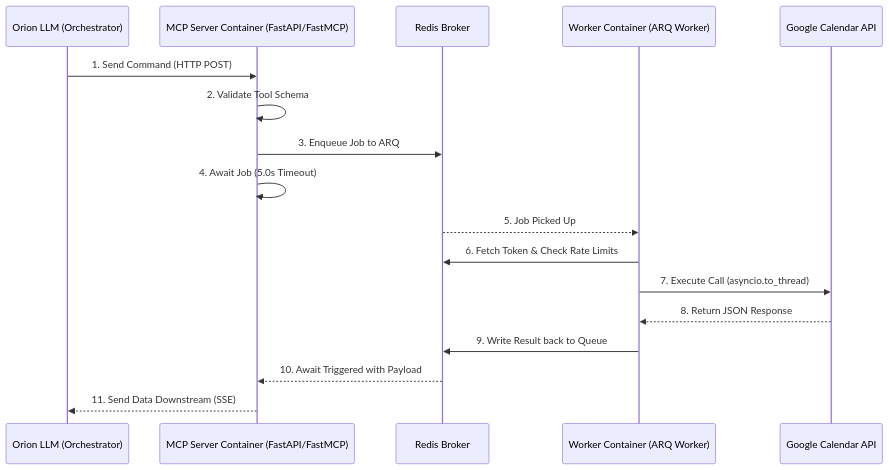
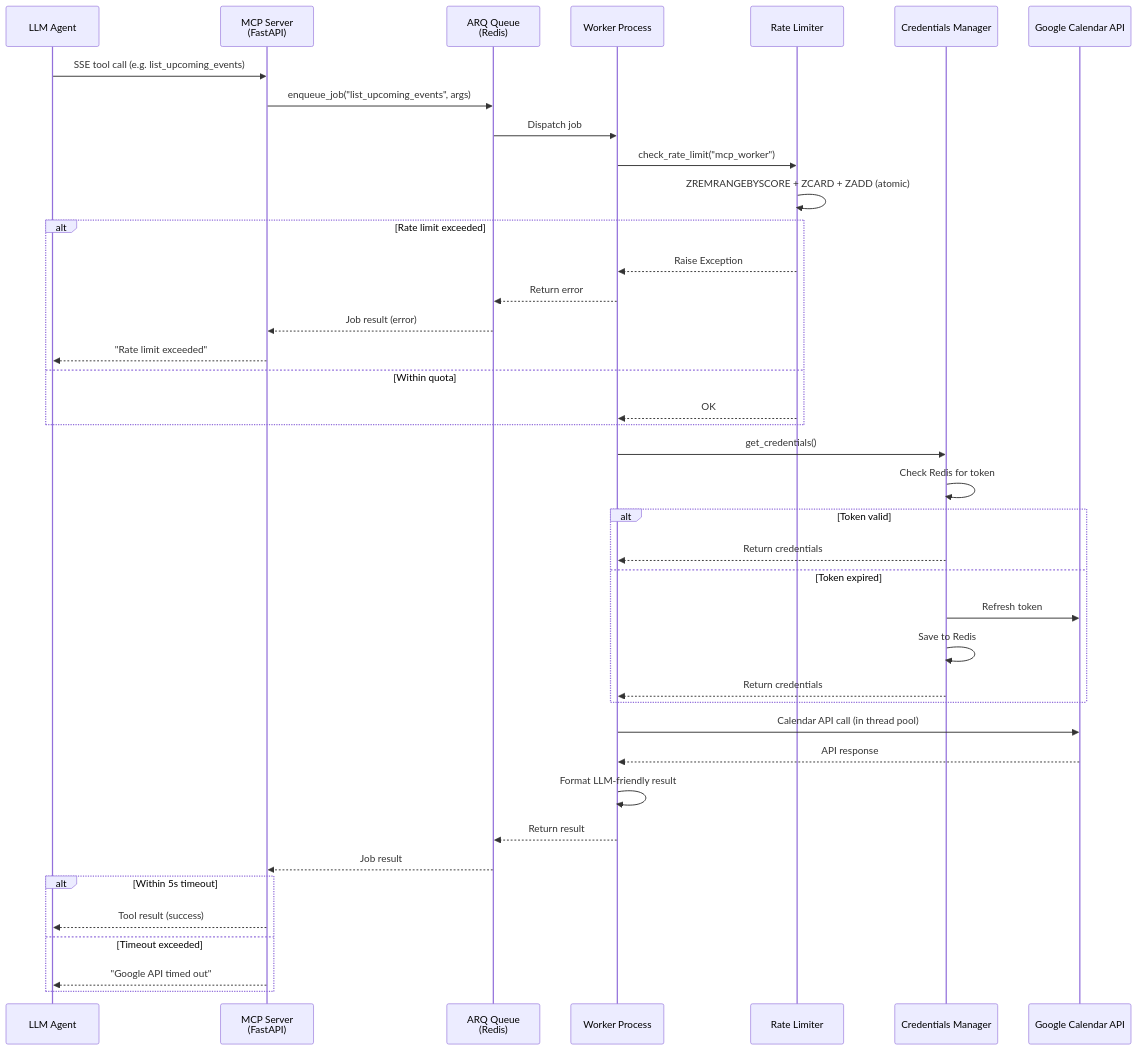
Before and after one commit to aarunishsinha/Orion: the second of 2 diagrams in servers/google_calendar/README.md, drawn with Mermaid. The commit also changed other lines of this file, not shown here.

Commit message:
Update server README

````diff
--- a/servers/google_calendar/README.md
+++ b/servers/google_calendar/README.md
@@ -9,20 +156,48 @@
 ```mermaid
 sequenceDiagram
-    participant LLM as Orion LLM (Orchestrator)
-    participant API as MCP Server Container (FastAPI/FastMCP)
-    participant Redis as Redis Broker
-    participant Worker as Worker Container (ARQ Worker)
-    participant Google as Google Calendar API
+    participant LLM as LLM Agent
+    participant MCP as MCP Server<br/>(FastAPI)
+    participant ARQ as ARQ Queue<br/>(Redis)
+    participant W as Worker Process
+    participant RL as Rate Limiter
+    participant CM as Credentials Manager
+    participant G as Google Calendar API
 
-    LLM->>API: 1. Send Command (HTTP POST)
-    API->>API: 2. Validate Tool Schema
-    API->>Redis: 3. Enqueue Job to ARQ
-    API->>API: 4. Await Job (5.0s Timeout)
-    Redis-->>Worker: 5. Job Picked Up
-    Worker->>Redis: 6. Fetch Token & Check Rate Limits
-    Worker->>Google: 7. Execute Call (asyncio.to_thread)
-    Google-->>Worker: 8. Return JSON Response
-    Worker->>Redis: 9. Write Result back to Queue
-    Redis-->>API: 10. Await Triggered with Payload
-    API-->>LLM: 11. Send Data Downstream (SSE)
+    LLM->>MCP: SSE tool call (e.g. list_upcoming_events)
+    MCP->>ARQ: enqueue_job("list_upcoming_events", args)
+    ARQ->>W: Dispatch job
+
+    W->>RL: check_rate_limit("mcp_worker")
+    RL->>RL: ZREMRANGEBYSCORE + ZCARD + ZADD (atomic)
+    alt Rate limit exceeded
+        RL-->>W: Raise Exception
+        W-->>ARQ: Return error
+        ARQ-->>MCP: Job result (error)
+        MCP-->>LLM: "Rate limit exceeded"
+    else Within quota
+        RL-->>W: OK
+    end
+
+    W->>CM: get_credentials()
+    CM->>CM: Check Redis for token
+    alt Token valid
+        CM-->>W: Return credentials
+    else Token expired
+        CM->>G: Refresh token
+        CM->>CM: Save to Redis
+        CM-->>W: Return credentials
+    end
+
+    W->>G: Calendar API call (in thread pool)
+    G-->>W: API response
+
+    W->>W: Format LLM-friendly result
+    W-->>ARQ: Return result
+    ARQ-->>MCP: Job result
+
+    alt Within 5s timeout
+        MCP-->>LLM: Tool result (success)
+    else Timeout exceeded
+        MCP-->>LLM: "Google API timed out"
+    end
 ```
````
